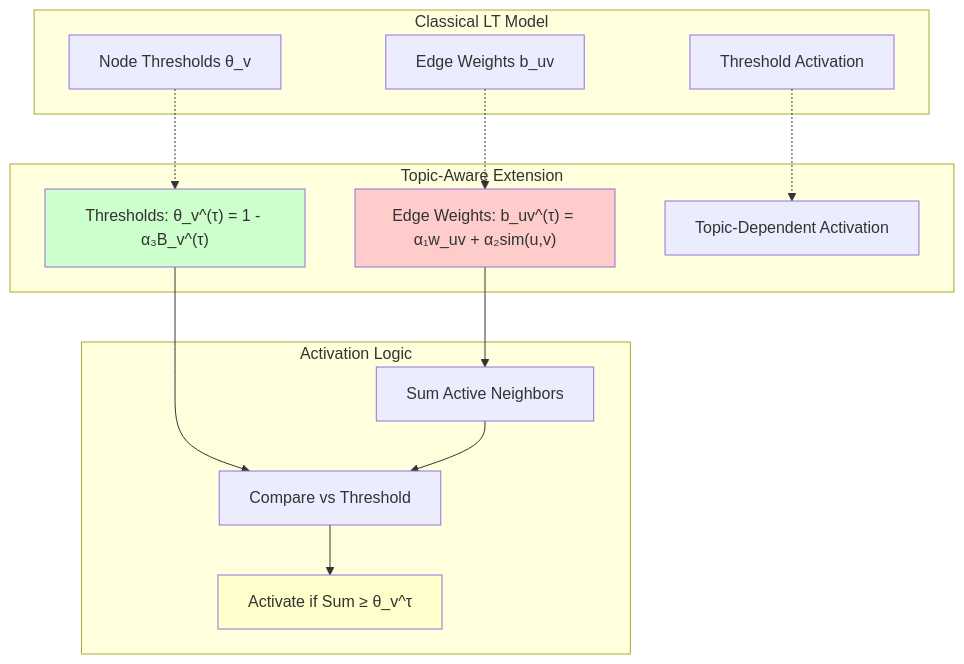
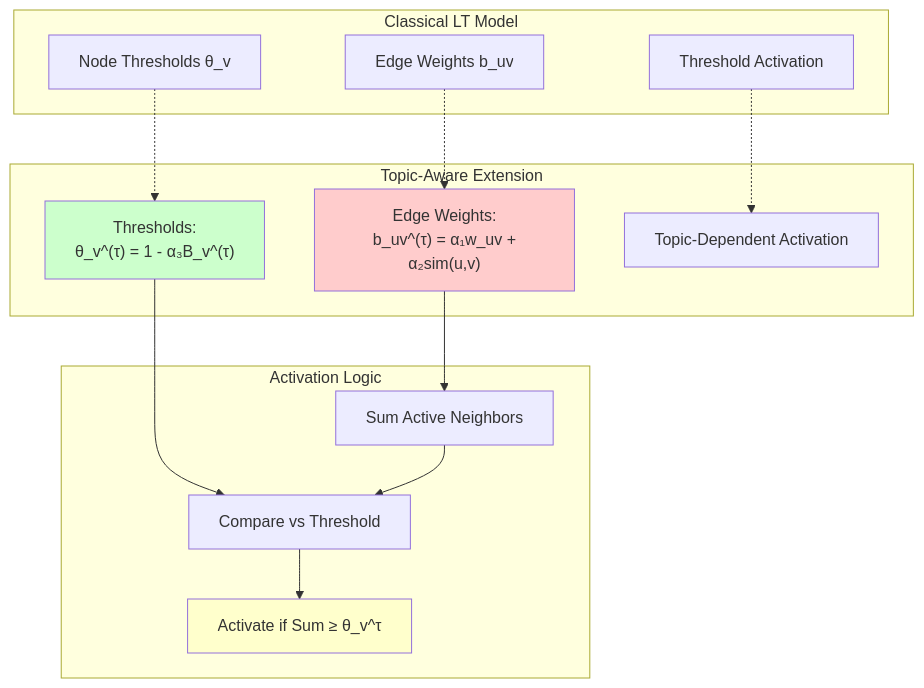
One commit to drtoramakrishna/drl-tim changed the fourth of 19 diagrams in literature_survey/04_system_diagrams.md. Above: the diagram before and after it, drawn with Mermaid. The commit also changed other lines of this file and 2 other files, not shown here.

````diff
--- a/literature_survey/04_system_diagrams.md
+++ b/literature_survey/04_system_diagrams.md
@@ -168,33 +168,33 @@
 ```mermaid
 graph TB
     subgraph "Classical LT Model"
         A1[Edge Weights b_uv]
         B1[Node Thresholds θ_v]
         C1[Threshold Activation]
     end
     
     subgraph "Topic-Aware Extension"
-        A2["Edge Weights: b_uv^(τ) = α₁w_uv + α₂sim(u,v)"]
-        B2["Thresholds: θ_v^(τ) = 1 - α₃B_v^(τ)"]
+        A2["Edge Weights:<br> b_uv^(τ) = α₁w_uv + α₂sim(u,v)"]
+        B2["Thresholds:<br> θ_v^(τ) = 1 - α₃B_v^(τ)"]
         C2[Topic-Dependent Activation]
     end
     
     subgraph "Activation Logic"
         D2[Sum Active Neighbors]
         E2[Compare vs Threshold]
         F2[Activate if Sum ≥ θ_v^τ]
     end
     
     A1 -.-> A2
     B1 -.-> B2
     C1 -.-> C2
     
     A2 --> D2
     B2 --> E2
     D2 --> E2
     E2 --> F2
     
     style A2 fill:#ffcccc
     style B2 fill:#ccffcc
     style F2 fill:#ffffcc
 ```
````
